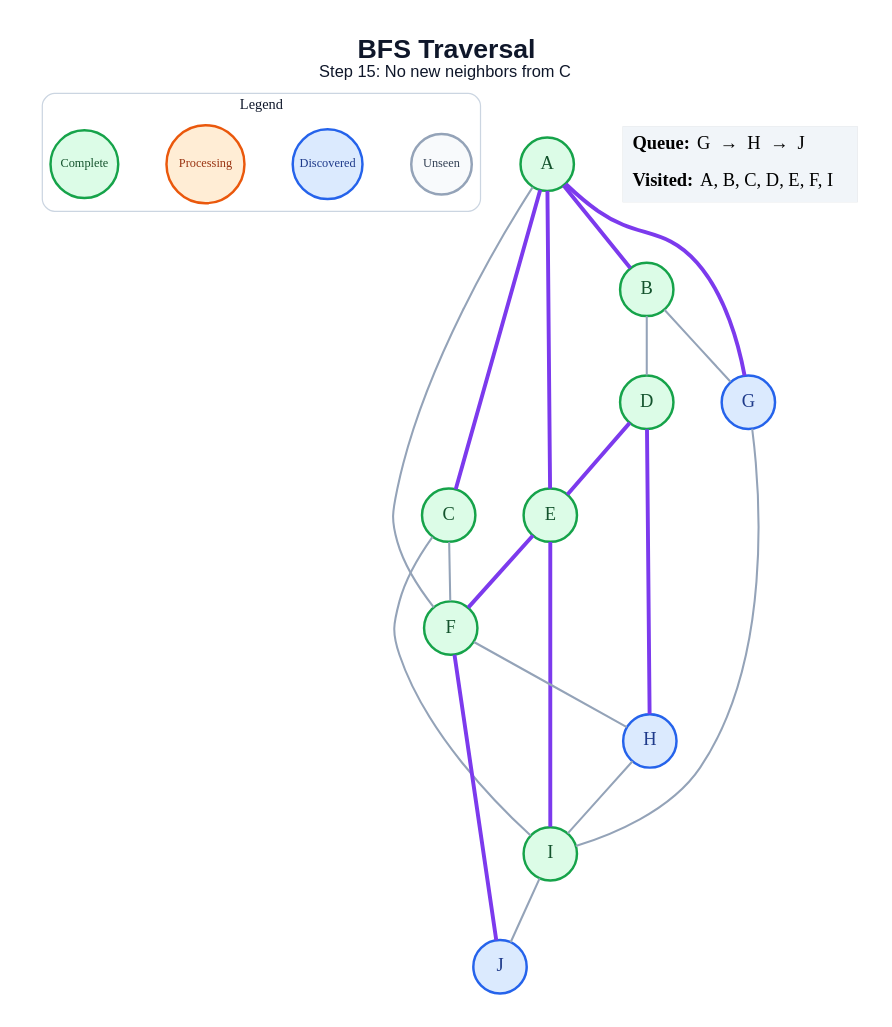
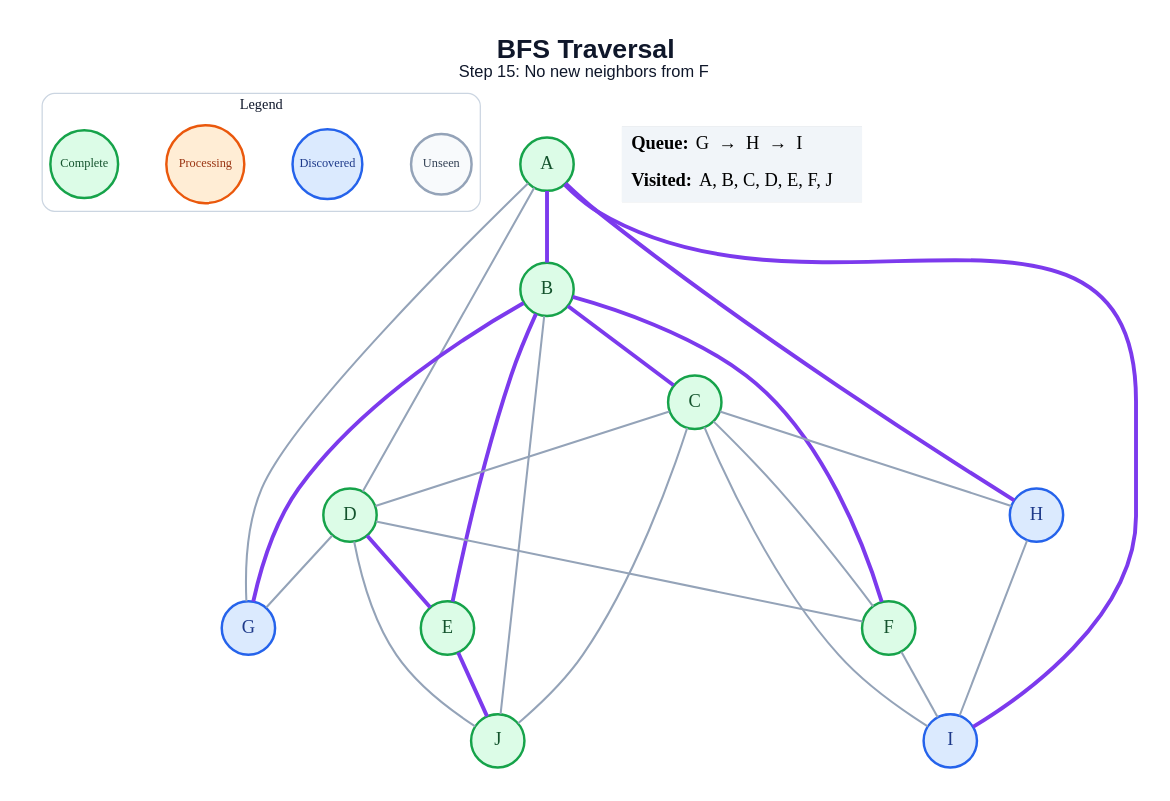
The diagram in generated/specific-node/bfs/step_15.dot (amanghodawala9/ai-slop), drawn with Graphviz before and after one commit. The commit also changed 178 other files, not shown here.

```diff
--- a/generated/specific-node/bfs/step_15.dot
+++ b/generated/specific-node/bfs/step_15.dot
@@ -1,47 +1,51 @@
 graph traversal {
   graph [layout=dot, rankdir=TB, bgcolor="#FFFFFF", pad="0.35", nodesep="0.65", ranksep="0.8", fontname="Arial"];
   node [shape=circle, style="filled", fontname="Arial Bold", fontsize=18, width=0.72, fixedsize=true, penwidth=2.4];
   edge [color="#94A3B8", penwidth=2.0];
-  label=<<B>BFS Traversal</B><BR/><FONT POINT-SIZE="16">Step 15: No new neighbors from C</FONT>>; labelloc="t"; fontsize=26; fontname="Arial"; fontcolor="#0F172A";
+  label=<<B>BFS Traversal</B><BR/><FONT POINT-SIZE="16">Step 15: No new neighbors from F</FONT>>; labelloc="t"; fontsize=26; fontname="Arial"; fontcolor="#0F172A";
   subgraph cluster_legend { label="Legend"; color="#CBD5E1"; penwidth=1.2; style="rounded"; fontsize=14; fontname="Arial Bold";
     key_unseen [label="Unseen", fillcolor="#F8FAFC", color="#94A3B8", fontcolor="#334155", fontsize=12, width=0.82];
     key_frontier [label="Discovered", fillcolor="#DBEAFE", color="#2563EB", fontcolor="#1E3A8A", fontsize=12, width=0.95];
     key_current [label="Processing", fillcolor="#FFEDD5", color="#EA580C", fontcolor="#9A3412", fontsize=12, width=1.05];
     key_done [label="Complete", fillcolor="#DCFCE7", color="#16A34A", fontcolor="#14532D", fontsize=12, width=0.92];
     { rank=same; key_unseen; key_frontier; key_current; key_done; }
   }
   A [fillcolor="#DCFCE7", color="#16A34A", fontcolor="#14532D"];
   B [fillcolor="#DCFCE7", color="#16A34A", fontcolor="#14532D"];
   C [fillcolor="#DCFCE7", color="#16A34A", fontcolor="#14532D"];
   D [fillcolor="#DCFCE7", color="#16A34A", fontcolor="#14532D"];
   E [fillcolor="#DCFCE7", color="#16A34A", fontcolor="#14532D"];
   F [fillcolor="#DCFCE7", color="#16A34A", fontcolor="#14532D"];
   G [fillcolor="#DBEAFE", color="#2563EB", fontcolor="#1E3A8A"];
   H [fillcolor="#DBEAFE", color="#2563EB", fontcolor="#1E3A8A"];
-  I [fillcolor="#DCFCE7", color="#16A34A", fontcolor="#14532D"];
-  J [fillcolor="#DBEAFE", color="#2563EB", fontcolor="#1E3A8A"];
+  I [fillcolor="#DBEAFE", color="#2563EB", fontcolor="#1E3A8A"];
+  J [fillcolor="#DCFCE7", color="#16A34A", fontcolor="#14532D"];
   A -- B [color="#7C3AED", penwidth=3.8];
-  A -- C [color="#7C3AED", penwidth=3.8];
-  A -- E [color="#7C3AED", penwidth=3.8];
-  A -- F;
-  A -- G [color="#7C3AED", penwidth=3.8];
-  B -- D;
-  B -- G;
+  A -- D;
+  A -- G;
+  A -- H [color="#7C3AED", penwidth=3.8];
+  A -- I [color="#7C3AED", penwidth=3.8];
+  B -- C [color="#7C3AED", penwidth=3.8];
+  B -- E [color="#7C3AED", penwidth=3.8];
+  B -- F [color="#7C3AED", penwidth=3.8];
+  B -- G [color="#7C3AED", penwidth=3.8];
+  B -- J;
+  C -- D;
   C -- F;
+  C -- H;
   C -- I;
+  C -- J;
   D -- E [color="#7C3AED", penwidth=3.8];
-  D -- H [color="#7C3AED", penwidth=3.8];
-  E -- F [color="#7C3AED", penwidth=3.8];
-  E -- I [color="#7C3AED", penwidth=3.8];
-  F -- H;
-  F -- J [color="#7C3AED", penwidth=3.8];
-  G -- I;
+  D -- F;
+  D -- G;
+  D -- J;
+  E -- J [color="#7C3AED", penwidth=3.8];
+  F -- I;
   H -- I;
-  I -- J;
   status [shape=plain, fixedsize=false, width=0, height=0, margin=0, label=<
     <TABLE BORDER="0" CELLBORDER="0" CELLPADDING="7" BGCOLOR="#F1F5F9">
-      <TR><TD ALIGN="LEFT"><B>Queue:</B> G  →  H  →  J</TD></TR>
-      <TR><TD ALIGN="LEFT"><B>Visited:</B> A, B, C, D, E, F, I</TD></TR>
+      <TR><TD ALIGN="LEFT"><B>Queue:</B> G  →  H  →  I</TD></TR>
+      <TR><TD ALIGN="LEFT"><B>Visited:</B> A, B, C, D, E, F, J</TD></TR>
     </TABLE>
   >];
 }
```
